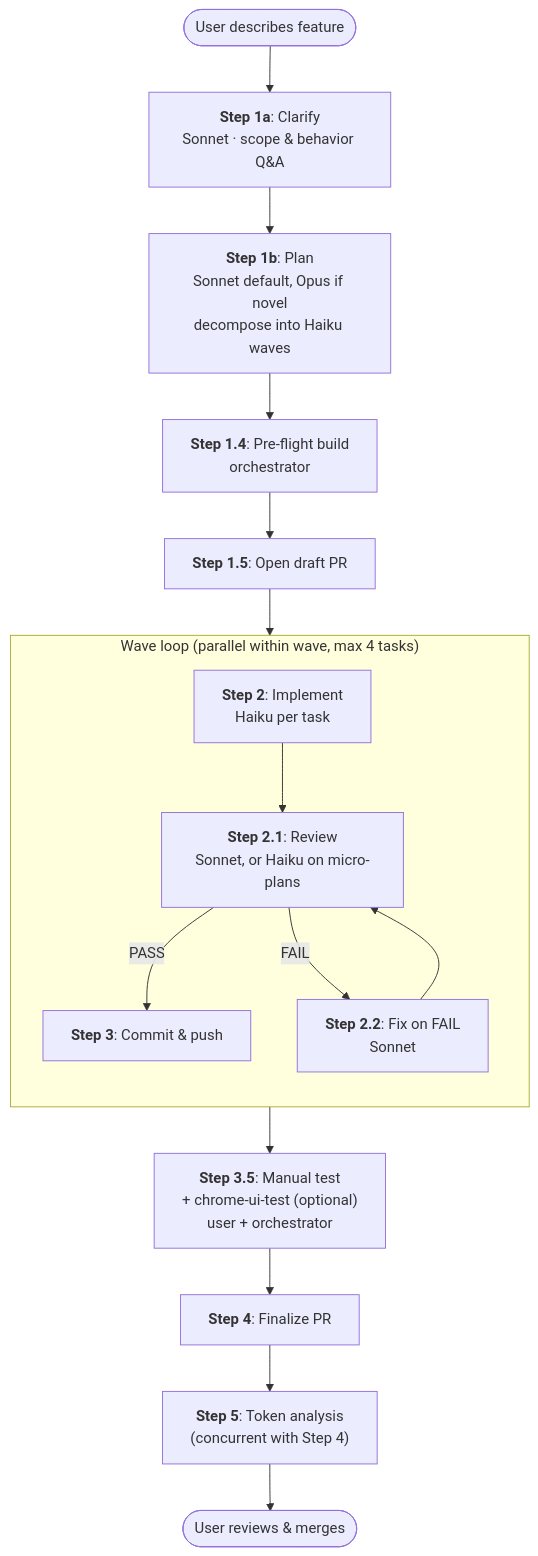
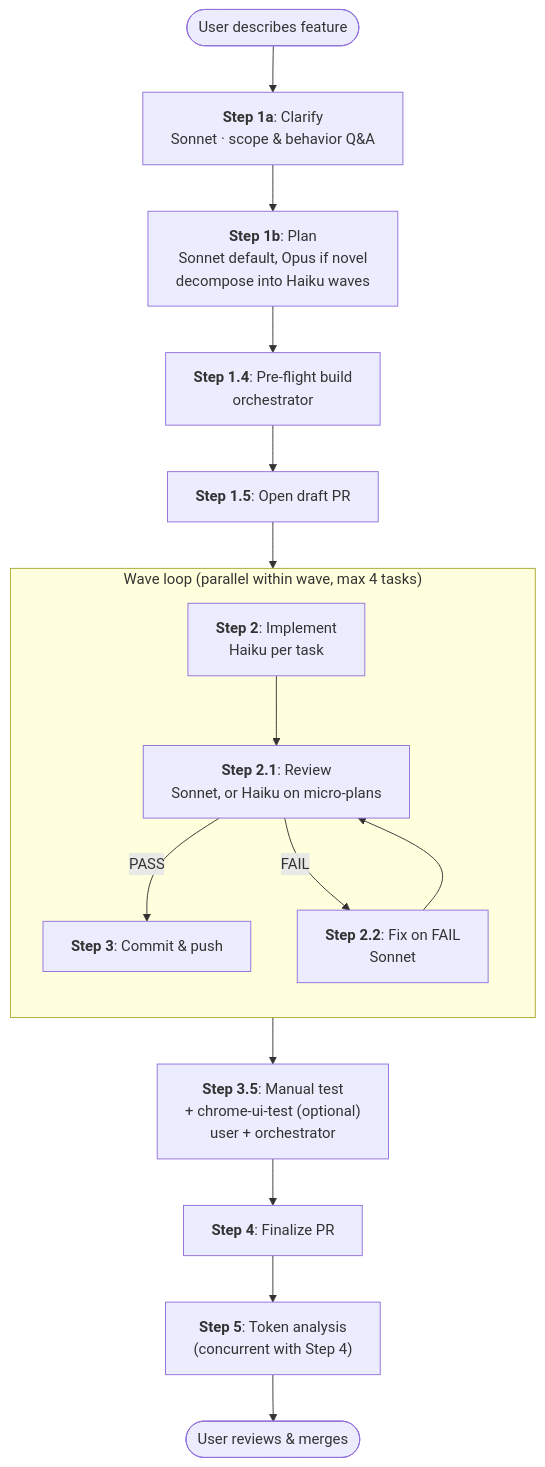
The diagram in README.md (MILL5/claude-code-pipeline), drawn with Mermaid before and after one commit. The commit also changed 2 other files, not shown here.

Commit message:
docs(mermaid): widen wrappingWidth so labels stop wrapping mid-line
GitHub's default Mermaid wrappingWidth (~200px) was breaking longer node
labels onto multiple lines mid-phrase ("Sonnet default, Opus if / novel",
"adapters/react/reviewer- / overlay.md", "• Reviewer (OPTIONAL /
IMPROVEMENTS, tagged)"). Adding %%{init}%% directives to widen each
diagram's wrappingWidth (300/320/280) lets labels render on one line
without changing any text content.

````diff
--- a/README.md
+++ b/README.md
@@ -19,32 +19,33 @@
 ```mermaid
+%%{init: {'flowchart': {'wrappingWidth': 300}}}%%
 flowchart TD
     User([User describes feature]) --> S1a
     S1a["<b>Step 1a</b>: Clarify<br/>Sonnet · scope &amp; behavior Q&amp;A"]
     S1a --> S1b
     S1b["<b>Step 1b</b>: Plan<br/>Sonnet default, Opus if novel<br/>decompose into Haiku waves"]
     S1b --> S14
     S14["<b>Step 1.4</b>: Pre-flight build<br/>orchestrator"]
     S14 --> S15
     S15["<b>Step 1.5</b>: Open draft PR"]
     S15 --> S2
 
     subgraph Wave["Wave loop (parallel within wave, max 4 tasks)"]
         direction TB
         S2["<b>Step 2</b>: Implement<br/>Haiku per task"]
         S21["<b>Step 2.1</b>: Review<br/>Sonnet, or Haiku on micro-plans"]
         S22["<b>Step 2.2</b>: Fix on FAIL<br/>Sonnet"]
         S3["<b>Step 3</b>: Commit &amp; push"]
         S2 --> S21
         S21 -- PASS --> S3
         S21 -- FAIL --> S22
         S22 --> S21
     end
 
     S3 --> S35
     S35["<b>Step 3.5</b>: Manual test<br/>+ chrome-ui-test (optional)<br/>user + orchestrator"]
     S35 --> S4
     S4["<b>Step 4</b>: Finalize PR"]
     S4 --> S5
     S5["<b>Step 5</b>: Token analysis<br/>(concurrent with Step 4)"]
     S5 --> Merge([User reviews &amp; merges])
 ```
````
